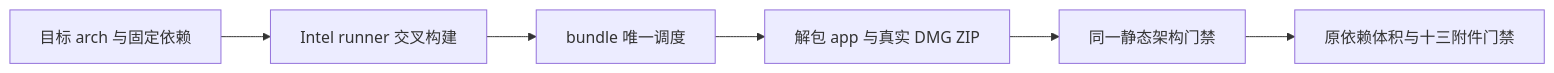
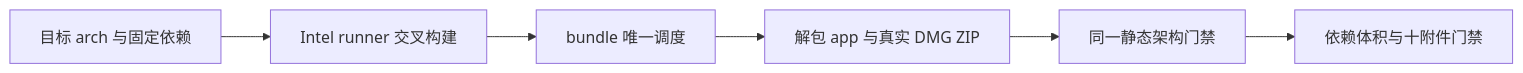
One commit to OpenX123/ZCode changed the second of 2 diagrams in docs/desktop/github-release-packaging-spec.md. Above: the diagram before and after it, drawn with Mermaid. The commit also changed other lines of this file and 10 other files, not shown here.

````diff
--- a/docs/desktop/github-release-packaging-spec.md
+++ b/docs/desktop/github-release-packaging-spec.md
@@ -63,8 +63,8 @@
 ```mermaid
 flowchart LR
     A[目标 arch 与固定依赖] --> B[Intel runner 交叉构建]
     B --> C[bundle 唯一调度]
     C --> D[解包 app 与真实 DMG ZIP]
     D --> E[同一静态架构门禁]
-    E --> F[原依赖体积与十三附件门禁]
+    E --> F[依赖体积与十附件门禁]
 ```
````
